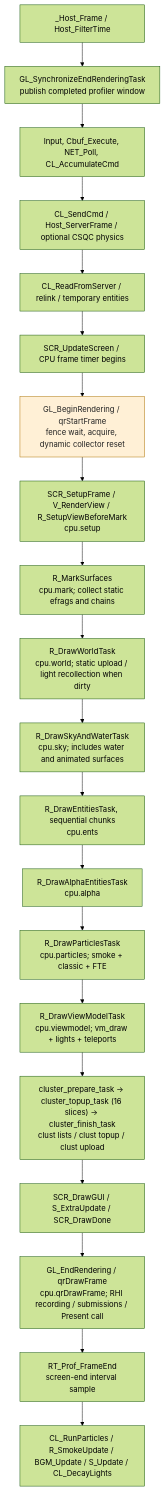
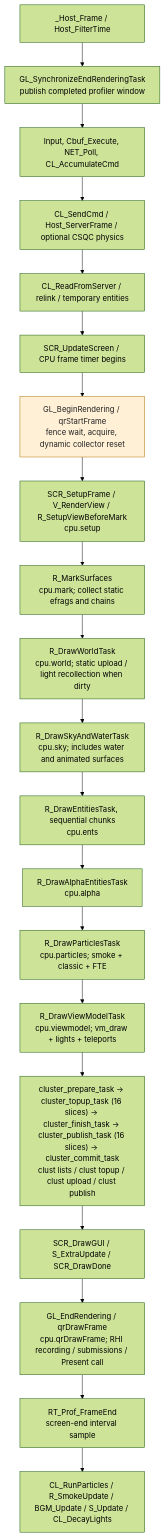
Before and after one commit to f1ames0ff/QuakeRay: the first of 3 diagrams in ARCHITECTURE.md, drawn with Mermaid (forest theme). The commit also changed other lines of this file and 8 other files, not shown here.

````diff
--- a/ARCHITECTURE.md
+++ b/ARCHITECTURE.md
@@ -64,24 +64,24 @@
 ```mermaid
 flowchart TD
     host["_Host_Frame / Host_FilterTime"] --> previousEnd["GL_SynchronizeEndRenderingTask<br/>publish completed profiler window"]
     previousEnd --> input["Input, Cbuf_Execute, NET_Poll, CL_AccumulateCmd"]
     input --> simulation["CL_SendCmd / Host_ServerFrame / optional CSQC physics"]
     simulation --> client["CL_ReadFromServer / relink / temporary entities"]
     client --> screen["SCR_UpdateScreen / CPU frame timer begins"]
     screen --> beginFrame["GL_BeginRendering / qrStartFrame<br/>fence wait, acquire, dynamic collector reset"]
     beginFrame --> view["SCR_SetupFrame / V_RenderView / R_SetupViewBeforeMark<br/>cpu.setup"]
     view --> visibility["R_MarkSurfaces<br/>cpu.mark; collect static efrags and chains"]
     visibility --> world["R_DrawWorldTask<br/>cpu.world; static upload / light recollection when dirty"]
     world --> sky["R_DrawSkyAndWaterTask<br/>cpu.sky; includes water and animated surfaces"]
     sky --> entities["R_DrawEntitiesTask, sequential chunks<br/>cpu.ents"]
     entities --> alpha["R_DrawAlphaEntitiesTask<br/>cpu.alpha"]
     alpha --> particles["R_DrawParticlesTask<br/>cpu.particles; smoke + classic + FTE"]
     particles --> weapon["R_DrawViewModelTask<br/>cpu.viewmodel; vm_draw + lights + teleports"]
-    weapon --> cluster["cluster_prepare_task → cluster_topup_task (16 slices) → cluster_finish_task<br/>clust lists / clust topup / clust upload"]
+    weapon --> cluster["cluster_prepare_task → cluster_topup_task (16 slices) → cluster_finish_task → cluster_publish_task (16 slices) → cluster_commit_task<br/>clust lists / clust topup / clust upload / clust publish"]
     cluster --> gui["SCR_DrawGUI / S_ExtraUpdate / SCR_DrawDone"]
     gui --> backend["GL_EndRendering / qrDrawFrame<br/>cpu.qrDrawFrame; RHI recording / submissions / Present call"]
     backend --> screenEnd["RT_Prof_FrameEnd<br/>screen-end interval sample"]
     screenEnd --> tail["CL_RunParticles / R_SmokeUpdate / BGM_Update / S_Update / CL_DecayLights"]
     classDef wait fill:#fff0d6,stroke:#ab7100,color:#222
     class beginFrame wait
 ```
````
